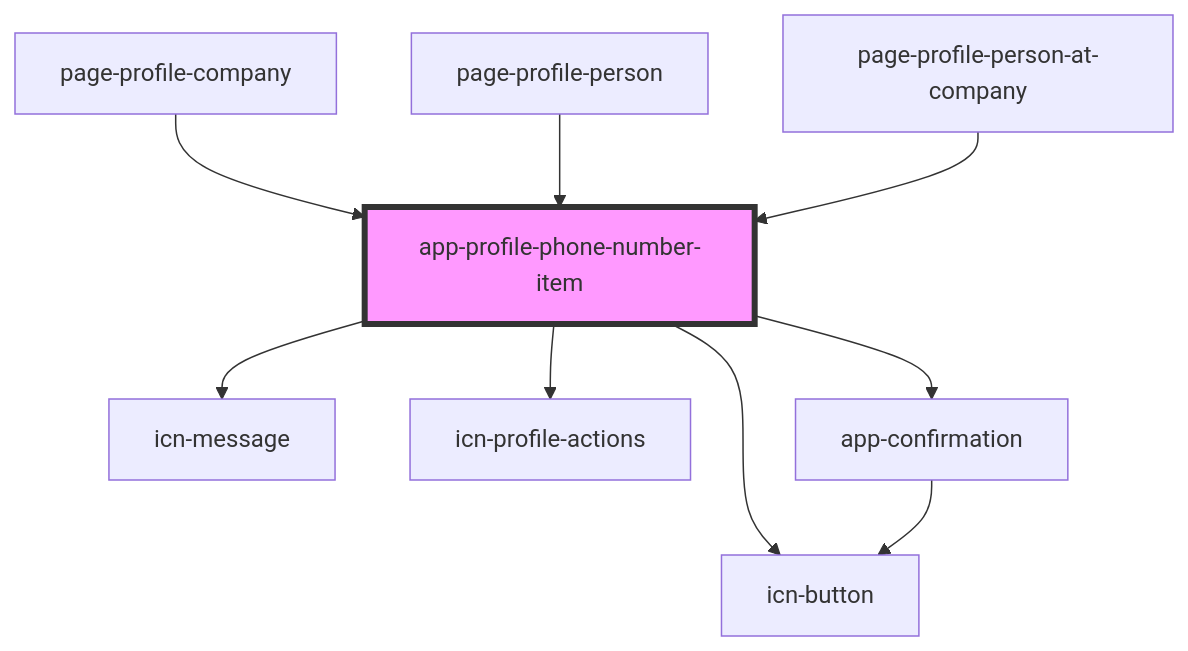
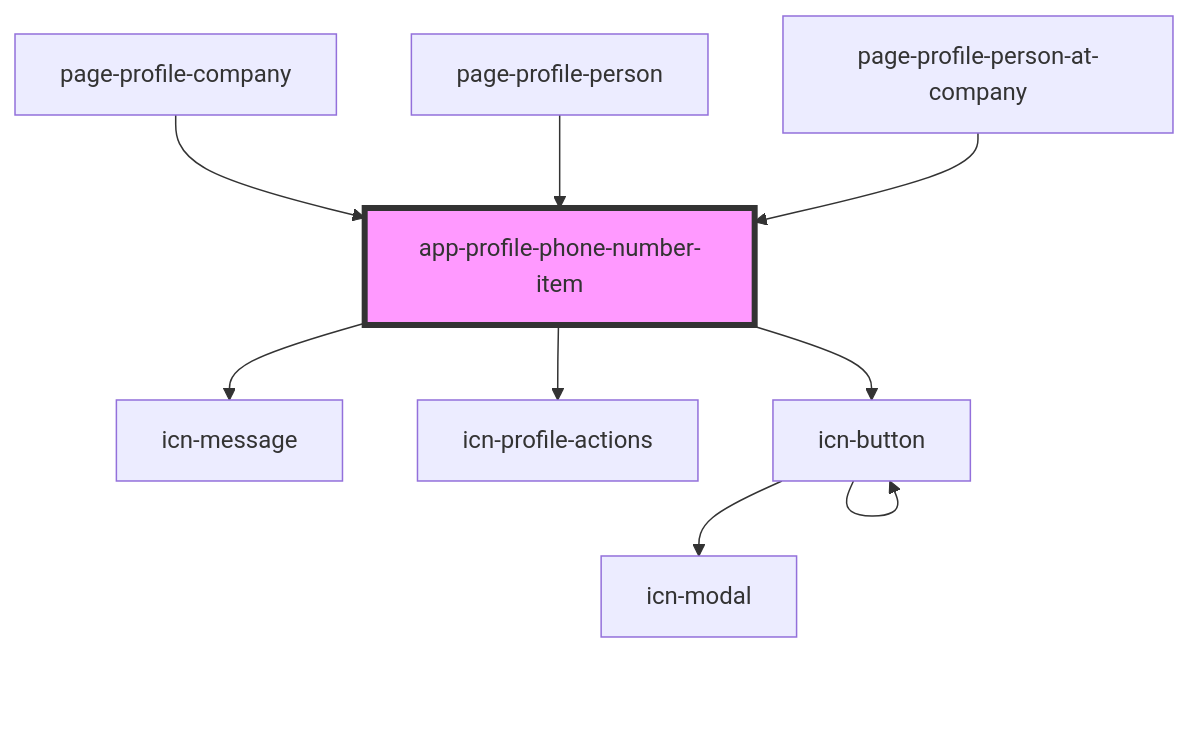
The diagram in iconeventnetwork-web/src/components/app-profile-phone-number-item/readme.md (lokheed/IconEventNetwork.Web), drawn with Mermaid before and after one commit. The commit also changed other lines of this file and 38 other files, not shown here.

First line of the commit message:
Implemented icn-modal

````diff
--- a/iconeventnetwork-web/src/components/app-profile-phone-number-item/readme.md
+++ b/iconeventnetwork-web/src/components/app-profile-phone-number-item/readme.md
@@ -43,12 +42,12 @@
 ```mermaid
 graph TD;
   app-profile-phone-number-item --> icn-message
   app-profile-phone-number-item --> icn-profile-actions
   app-profile-phone-number-item --> icn-button
-  app-profile-phone-number-item --> app-confirmation
-  app-confirmation --> icn-button
+  icn-button --> icn-modal
+  icn-button --> icn-button
   page-profile-company --> app-profile-phone-number-item
   page-profile-person --> app-profile-phone-number-item
   page-profile-person-at-company --> app-profile-phone-number-item
   style app-profile-phone-number-item fill:#f9f,stroke:#333,stroke-width:4px
 ```
````
